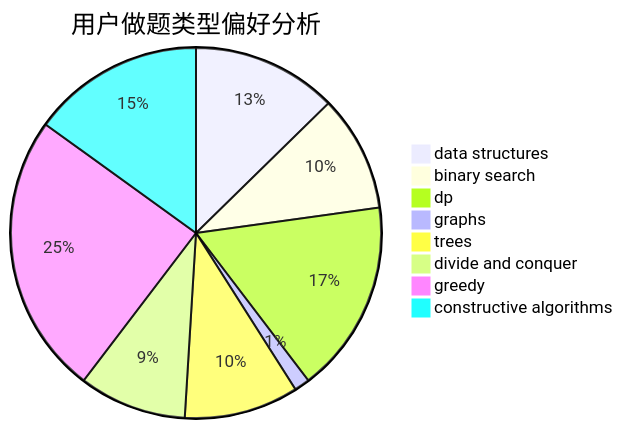
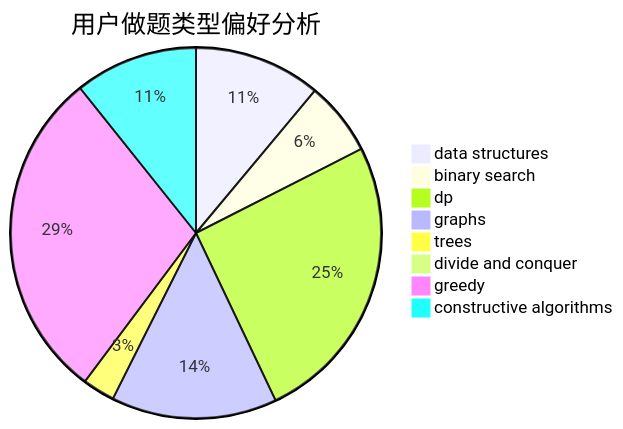
One commit to sherpahu/cfrs.github.io changed the second of 3 diagrams in docs/user/u551.md. Above: the diagram before and after it, drawn with Mermaid. The commit also changed other lines of this file and 2770 other files, not shown here.

````diff
--- a/docs/user/u551.md
+++ b/docs/user/u551.md
@@ -23,11 +23,11 @@
 ```mermaid
 pie title 用户做题类型偏好分析
-    "data structures" :  85
-    "binary search" :  68
-    "dp" :  113
-    "graphs" :  9
-    "trees" :  67
-    "divide and conquer" :  63
-    "greedy" :  165
-    "constructive algorithms" :  101
+    "data structures" :  98
+    "binary search" :  57
+    "dp" :  225
+    "graphs" :  128
+    "trees" :  25
+    "divide and conquer" :  0
+    "greedy" :  257
+    "constructive algorithms" :  95
 ```
````
